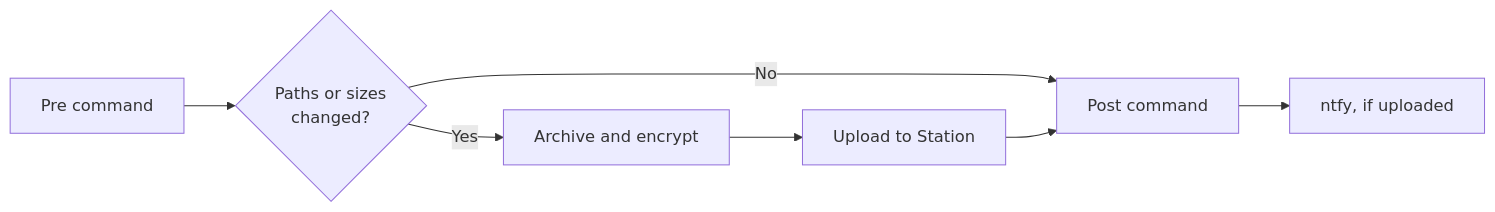
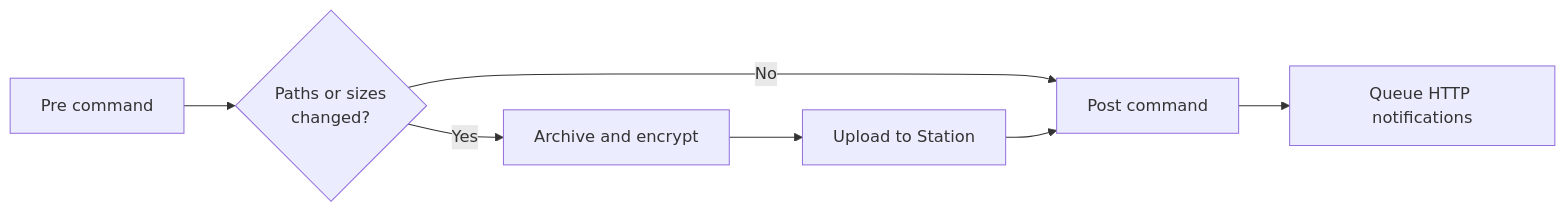
The diagram in docs/scout/hooks.mdx (thesteau/3to1go), drawn with Mermaid before and after one commit. The commit also changed other lines of this file and 79 other files, not shown here.

````diff
--- a/docs/scout/hooks.mdx
+++ b/docs/scout/hooks.mdx
@@ -8,7 +8,7 @@
 ```mermaid
 flowchart LR
     PRE[Pre command] --> F{Paths or sizes<br/>changed?}
     F -->|No| POST[Post command]
     F -->|Yes| A[Archive and encrypt] --> U[Upload to Station] --> POST
-    POST --> N[ntfy, if uploaded]
+    POST --> N[Queue HTTP notifications]
 ```
````
